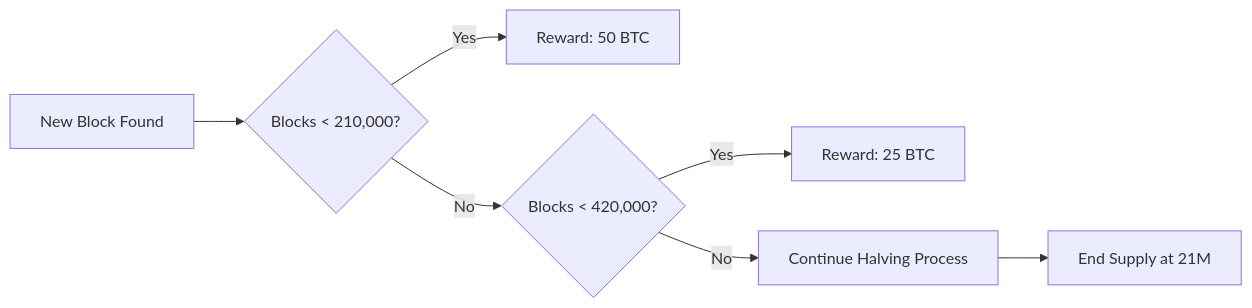
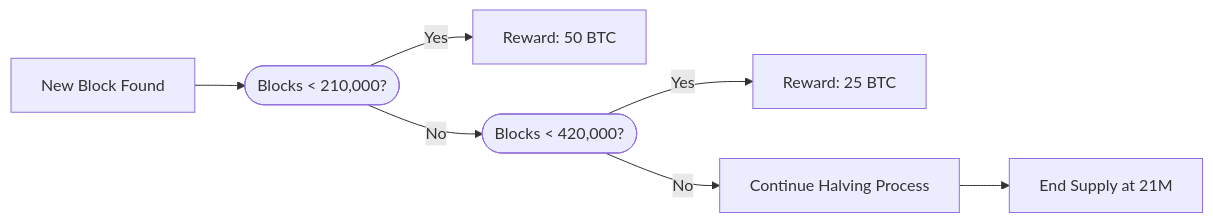
Before and after one commit to annabraun015-stack/krypto-watch: the diagram in src/content/blog/en/bitcoin-halving.mdx, drawn with Mermaid. The commit also changed 10 other files, not shown here.

```diff
--- a/src/content/blog/en/bitcoin-halving.mdx
+++ b/src/content/blog/en/bitcoin-halving.mdx
@@ -62,9 +62,9 @@
 <div class="mermaid">
 graph LR
-    A[New Block Found] --> B{Blocks < 210,000?}
+    A[New Block Found] --> B([Blocks < 210,000?])
     B -- Yes --> C[Reward: 50 BTC]
-    B -- No --> D{Blocks < 420,000?}
+    B -- No --> D([Blocks < 420,000?])
     D -- Yes --> E[Reward: 25 BTC]
     D -- No --> F[Continue Halving Process]
     F --> G[End Supply at 21M]
 </div>
```
